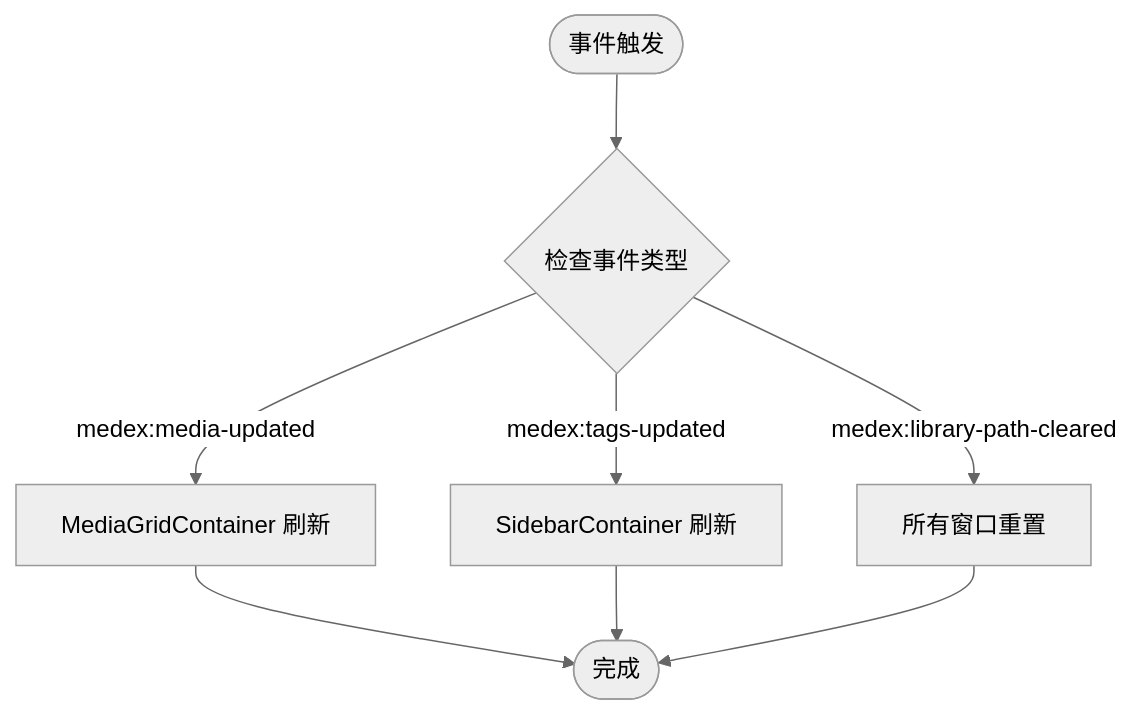
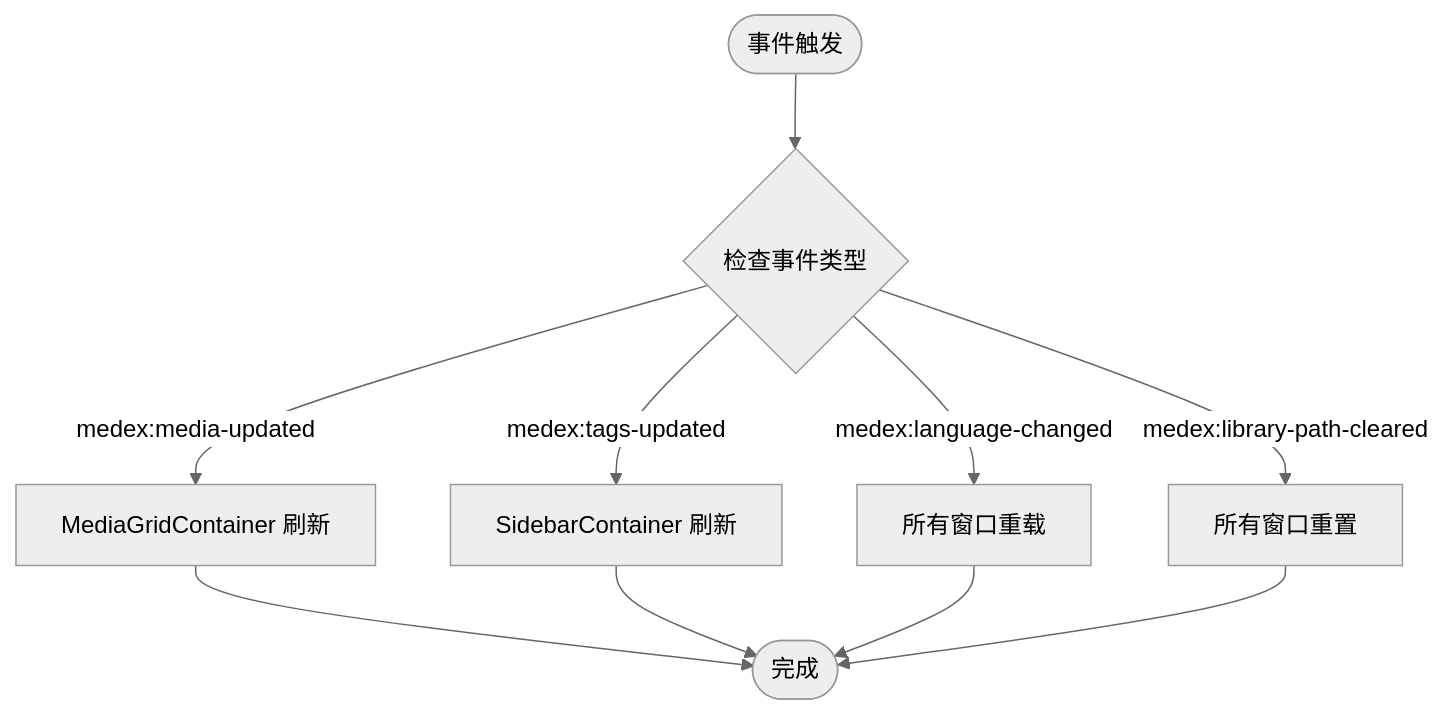
One commit to YLee9527/Medex changed diagram 12 of 13 in doc/repowiki/zh/content/架构设计/架构设计.md. Above: the diagram before and after it, drawn with Mermaid (neutral theme). The commit also changed other lines of this file and 31 other files, not shown here.

First line of the commit message:
docs(doc): 添加部署脚本、锁屏功能、发布指南及设置按钮图标文档

````diff
--- a/doc/repowiki/zh/content/架构设计/架构设计.md
+++ b/doc/repowiki/zh/content/架构设计/架构设计.md
@@ -335,10 +488,12 @@
 ```mermaid
 flowchart TD
 Start(["事件触发"]) --> CheckType{"检查事件类型"}
 CheckType --> |medex:media-updated| MediaContainer["MediaGridContainer 刷新"]
 CheckType --> |medex:tags-updated| TagContainer["SidebarContainer 刷新"]
+CheckType --> |medex:language-changed| LanguageWindow["所有窗口重载"]
 CheckType --> |medex:library-path-cleared| AllWindows["所有窗口重置"]
 MediaContainer --> End(["完成"])
 TagContainer --> End
+LanguageWindow --> End
 AllWindows --> End
 ```
````
